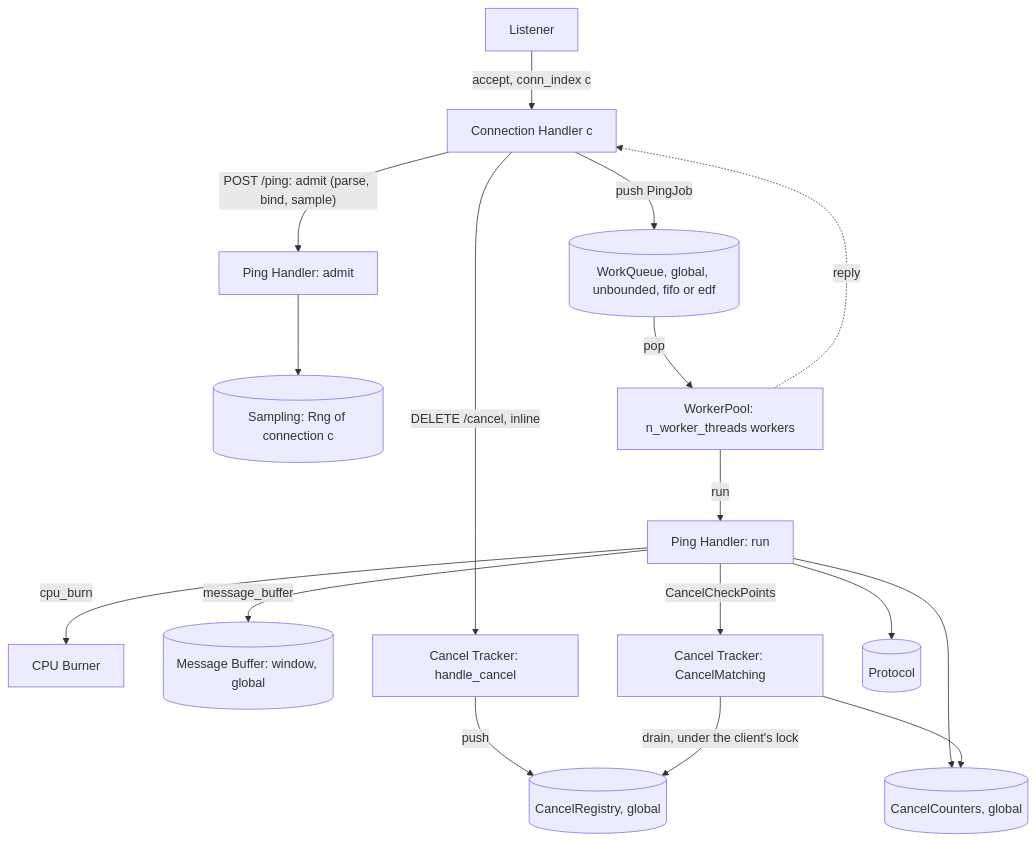
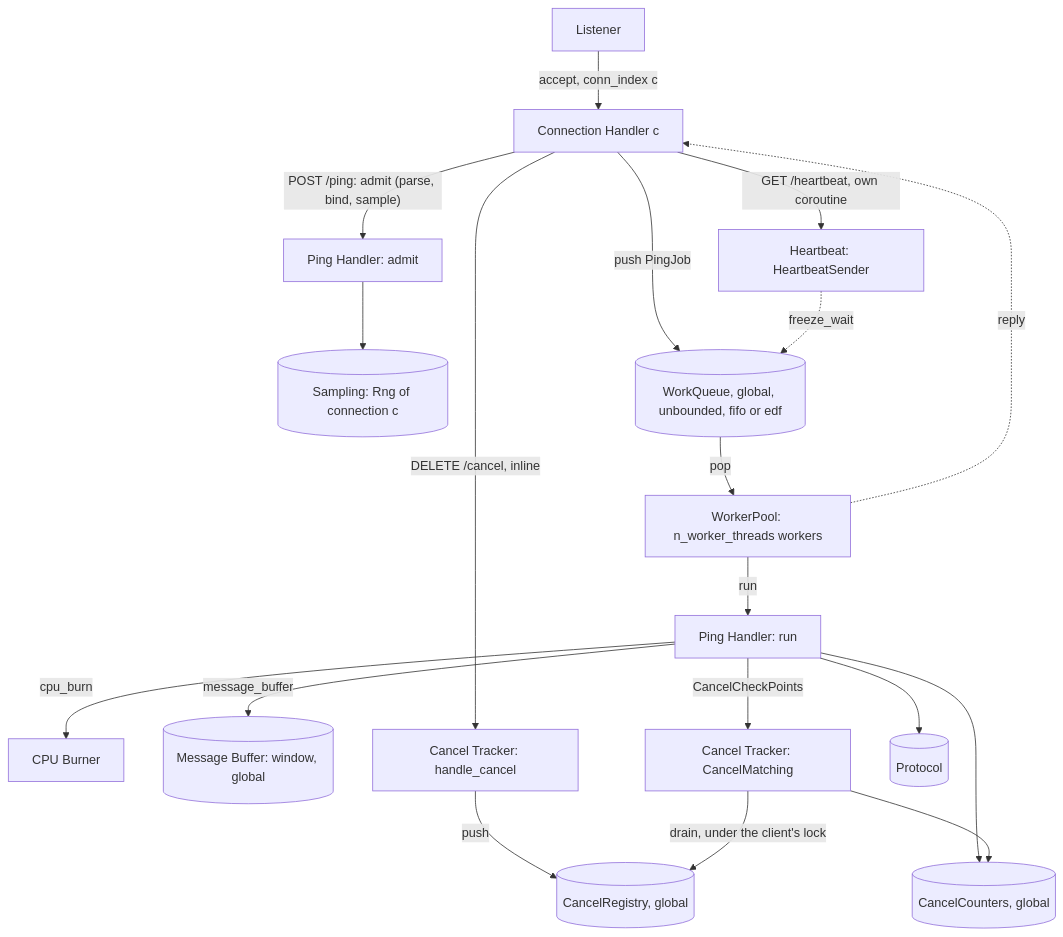
The diagram in abstraction/server/design.md (grapheo12/metastability-cancellation), drawn with Mermaid before and after one commit. The commit also changed other lines of this file and 10 other files, not shown here.

First line of the commit message:
[spec] Server Heartbeat: HeartbeatSender on GET /heartbeat

````diff
--- a/abstraction/server/design.md
+++ b/abstraction/server/design.md
@@ -5,19 +5,21 @@
 ```mermaid
 flowchart TD
   L[Listener] -->|accept, conn_index c| CH[Connection Handler c]
   CH -->|"POST /ping: admit (parse, bind, sample)"| PA[Ping Handler: admit]
   PA --> S[(Sampling: Rng of connection c)]
   CH -->|push PingJob| Q[(WorkQueue, global, unbounded, fifo or edf)]
   Q -->|pop| W[WorkerPool: n_worker_threads workers]
   W -->|run| PR[Ping Handler: run]
   PR -->|cpu_burn| CB[CPU Burner]
   PR -->|message_buffer| MB[(Message Buffer: window, global)]
   PR -->|CancelCheckPoints| CM[Cancel Tracker: CancelMatching]
   W -.reply.-> CH
   CH -->|"DELETE /cancel, inline"| HC[Cancel Tracker: handle_cancel]
+  CH -->|"GET /heartbeat, own coroutine"| HB[Heartbeat: HeartbeatSender]
+  HB -.freeze_wait.-> Q
   HC -->|push| R[(CancelRegistry, global)]
   CM -->|"drain, under the client's lock"| R
   PR --> P[(Protocol)]
   PR --> K[(CancelCounters, global)]
   CM --> K
 ```
````
